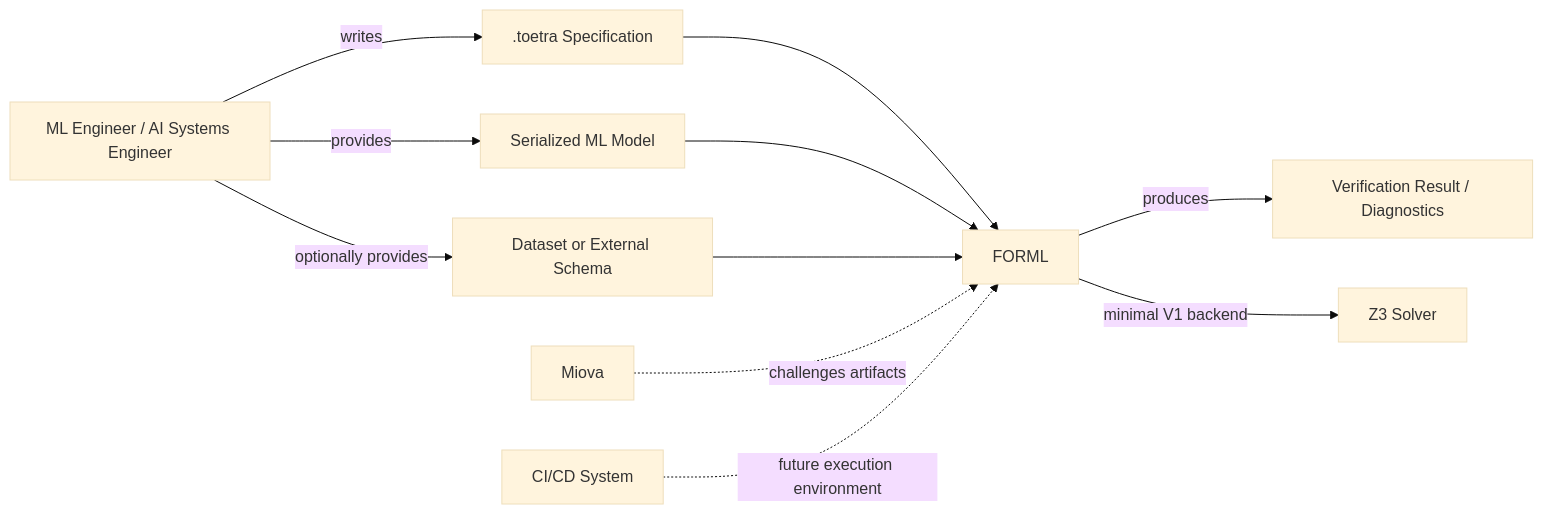
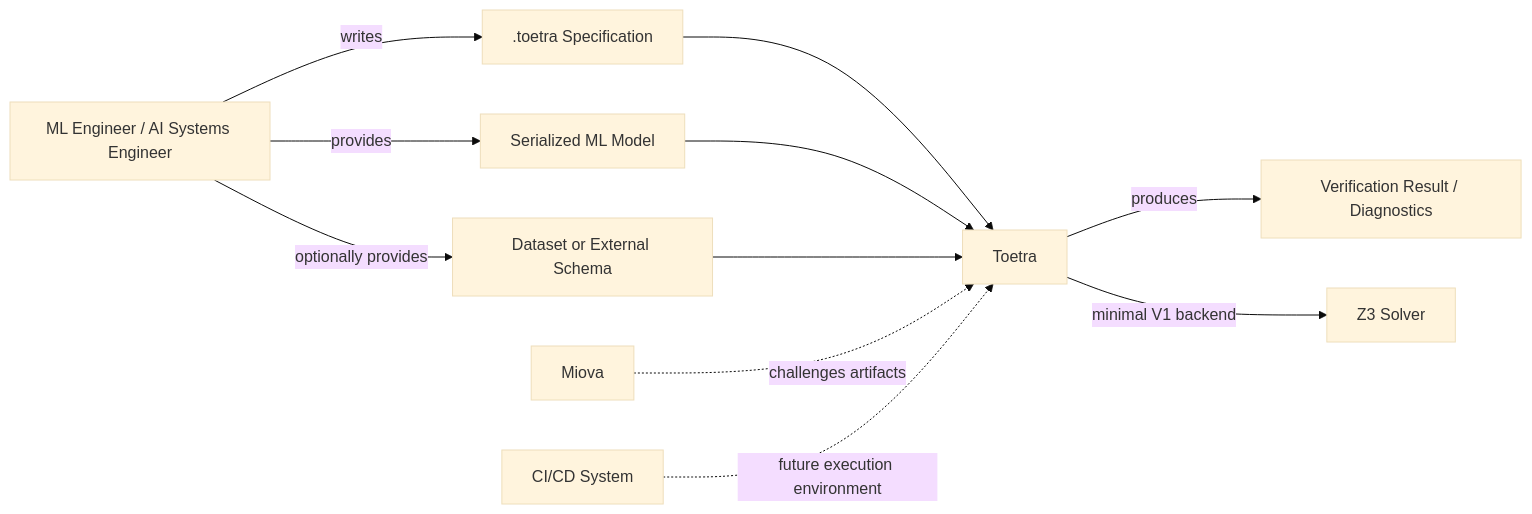
The diagram in docs/architecture/c4-context.md (KintanaOne/Toetra), drawn with Mermaid (base theme) before and after one commit. The commit also changed other lines of this file and 191 other files, not shown here.

````diff
--- a/docs/architecture/c4-context.md
+++ b/docs/architecture/c4-context.md
@@ -24,32 +24,32 @@
 ```mermaid
 flowchart LR
     User[ML Engineer / AI Systems Engineer]
         -->|writes| Spec[.toetra Specification]
 
     User
         -->|provides| Model[Serialized ML Model]
 
     User
         -->|optionally provides| Dataset[Dataset or External Schema]
 
     Spec
-        --> FORML[FORML]
+        --> Toetra[Toetra]
 
     Model
-        --> FORML
+        --> Toetra
 
     Dataset
-        --> FORML
+        --> Toetra
 
-    FORML
+    Toetra
         -->|produces| Result[Verification Result / Diagnostics]
 
-    FORML
+    Toetra
         -->|minimal V1 backend| Z3[Z3 Solver]
 
     Miova[Miova]
-        -. challenges artifacts .-> FORML
+        -. challenges artifacts .-> Toetra
 
     CI[CI/CD System]
-        -. future execution environment .-> FORML
+        -. future execution environment .-> Toetra
 ```
````
